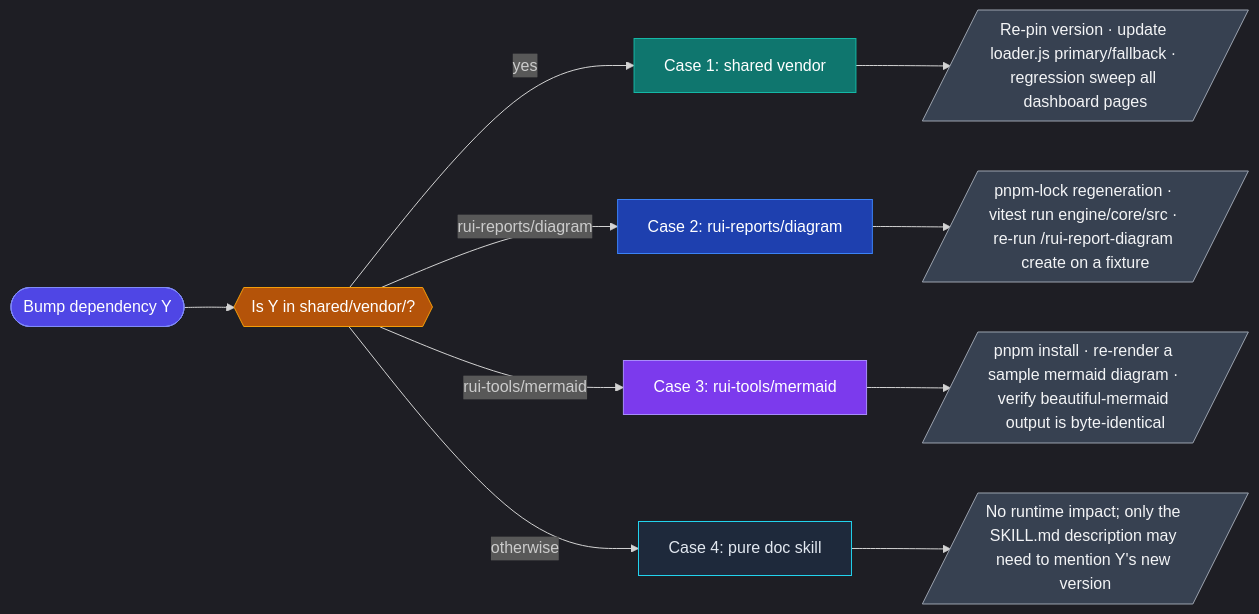
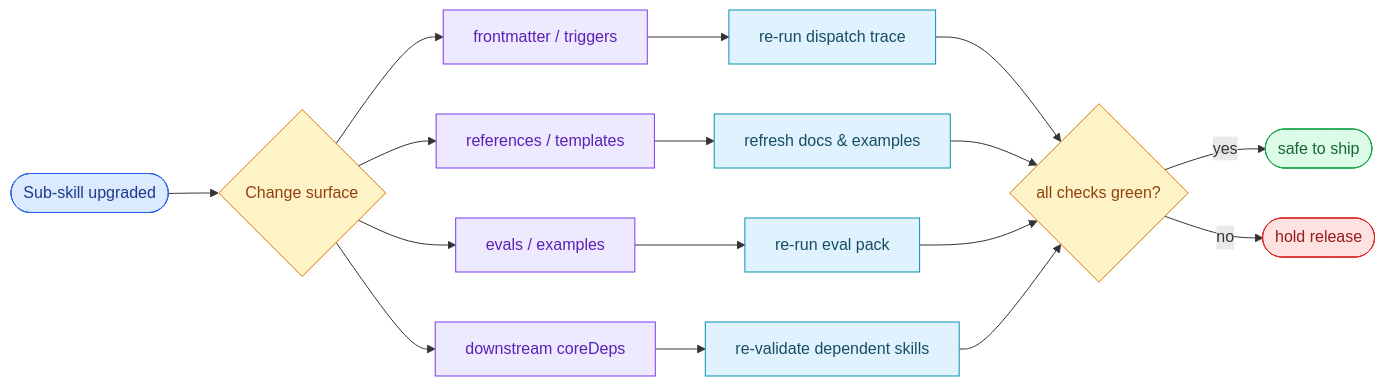
The diagram in .claude/docs/arch/scene-4-subskill-upgrade-impact/index.md (effiy/YrY), drawn with Mermaid before and after one commit. The commit also changed other lines of this file and 32 other files, not shown here.

First line of the commit message:
docs: standardize mermaid diagrams and add summaries

````diff
--- a/.claude/docs/arch/scene-4-subskill-upgrade-impact/index.md
+++ b/.claude/docs/arch/scene-4-subskill-upgrade-impact/index.md
@@ -10,28 +10,27 @@
 ```mermaid
-%%{init: {'theme':'dark','flowchart':{'htmlLabels':true}}}%%
 flowchart LR
-  bump([Bump dependency Y]):::start
-  check{{Is Y in shared/vendor/?}}:::decision
-  case1[Case 1: shared vendor]:::c1
-  case2[Case 2: rui-reports/diagram]:::c2
-  case3[Case 3: rui-tools/mermaid]:::c3
-  case4[Case 4: pure doc skill]:::c4
+  bump([Sub-skill upgraded]):::entry --> type{Change surface}:::decision
+  type --> trigger[frontmatter / triggers]:::impact
+  type --> refs[references / templates]:::impact
+  type --> evals[evals / examples]:::impact
+  type --> deps[downstream coreDeps]:::impact
 
-  bump --> check
-  check -- "yes" --> case1
-  check -- "rui-reports/diagram" --> case2
-  check -- "rui-tools/mermaid" --> case3
-  check -- "otherwise" --> case4
-  case1 --> re1[/Re-pin version · update loader.js primary/fallback · regression sweep all dashboard pages/]:::remediation
-  case2 --> re2[/pnpm-lock regeneration · vitest run engine/core/src · re-run /rui-report-diagram create on a fixture/]:::remediation
-  case3 --> re3[/pnpm install · re-render a sample mermaid diagram · verify beautiful-mermaid output is byte-identical/]:::remediation
-  case4 --> re4[/No runtime impact; only the SKILL.md description may need to mention Y's new version/]:::remediation
+  trigger --> verify[re-run dispatch trace]:::check
+  refs --> verifyDocs[refresh docs & examples]:::check
+  evals --> verifyEvals[re-run eval pack]:::check
+  deps --> verifyDeps[re-validate dependent skills]:::check
 
-  classDef start fill:#4f46e5,stroke:#818cf8,color:#fff
-  classDef decision fill:#b45309,stroke:#f59e0b,color:#fff
-  classDef c1 fill:#0f766e,stroke:#14b8a6,color:#fff
-  classDef c2 fill:#1e40af,stroke:#3b82f6,color:#fff
-  classDef c3 fill:#7c3aed,stroke:#a78bfa,color:#fff
-  classDef c4 fill:#1e293b,stroke:#22d3ee,color:#e2e8f0
-  classDef remediation fill:#374151,stroke:#9ca3af,color:#f3f4f6
+  verify --> gate{all checks green?}:::decision
+  verifyDocs --> gate
+  verifyEvals --> gate
+  verifyDeps --> gate
+  gate -->|yes| ship([safe to ship]):::done
+  gate -->|no| block([hold release]):::risk
+
+  classDef entry fill:#dbeafe,stroke:#2563eb,color:#1e3a8a
+  classDef decision fill:#fef3c7,stroke:#d97706,color:#92400e
+  classDef impact fill:#ede9fe,stroke:#7c3aed,color:#5b21b6
+  classDef check fill:#e0f2fe,stroke:#0891b2,color:#164e63
+  classDef done fill:#dcfce7,stroke:#16a34a,color:#166534
+  classDef risk fill:#fee2e2,stroke:#dc2626,color:#991b1b
 ```
````
